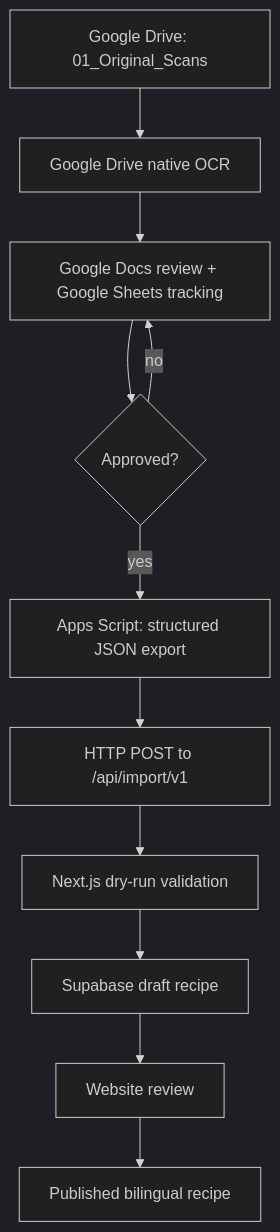
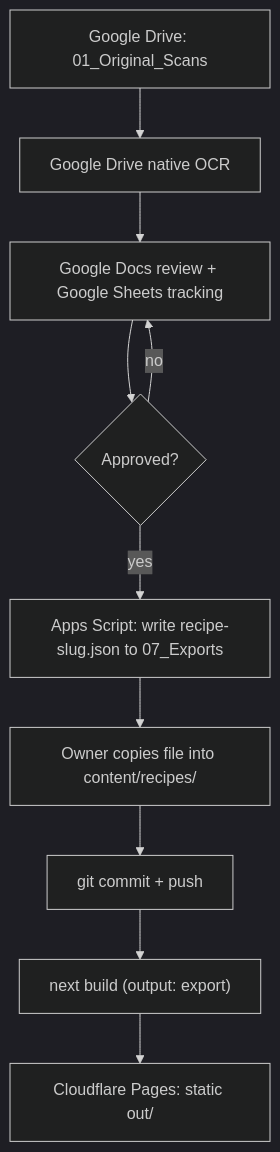
One commit to srilayaenter/Blogger changed the diagram in docs/architecture.md. Above: the diagram before and after it, drawn with Mermaid (dark theme). The commit also changed other lines of this file and 43 other files, not shown here.

````diff
--- a/docs/architecture.md
+++ b/docs/architecture.md
@@ -22,13 +29,12 @@
 ```mermaid
 flowchart TD
     A[Google Drive: 01_Original_Scans] --> B[Google Drive native OCR]
     B --> C[Google Docs review + Google Sheets tracking]
     C --> D{Approved?}
     D -- no --> C
-    D -- yes --> E[Apps Script: structured JSON export]
-    E --> F[HTTP POST to /api/import/v1]
-    F --> G[Next.js dry-run validation]
-    G --> H[Supabase draft recipe]
-    H --> I[Website review]
-    I --> J[Published bilingual recipe]
+    D -- yes --> E["Apps Script: write recipe-slug.json to 07_Exports"]
+    E --> F[Owner copies file into content/recipes/]
+    F --> G[git commit + push]
+    G --> H["next build (output: export)"]
+    H --> I[Cloudflare Pages: static out/]
 ```
````
